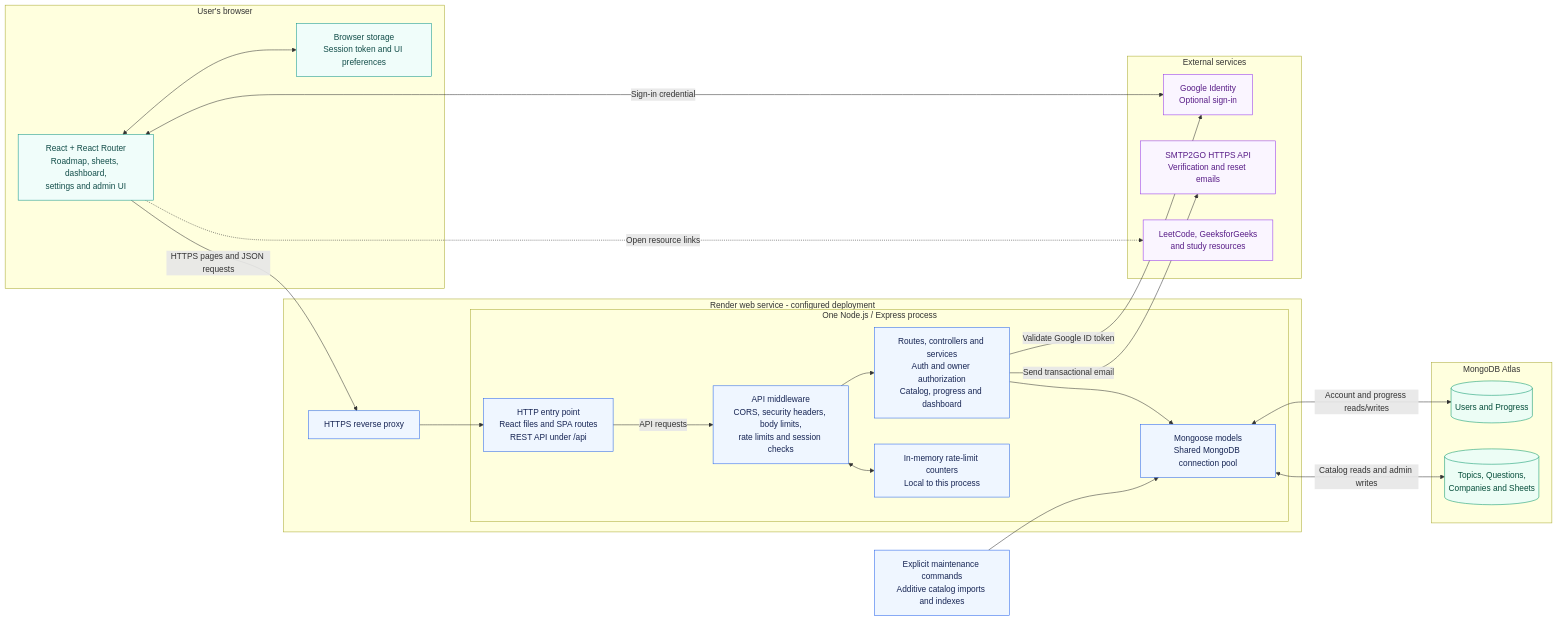
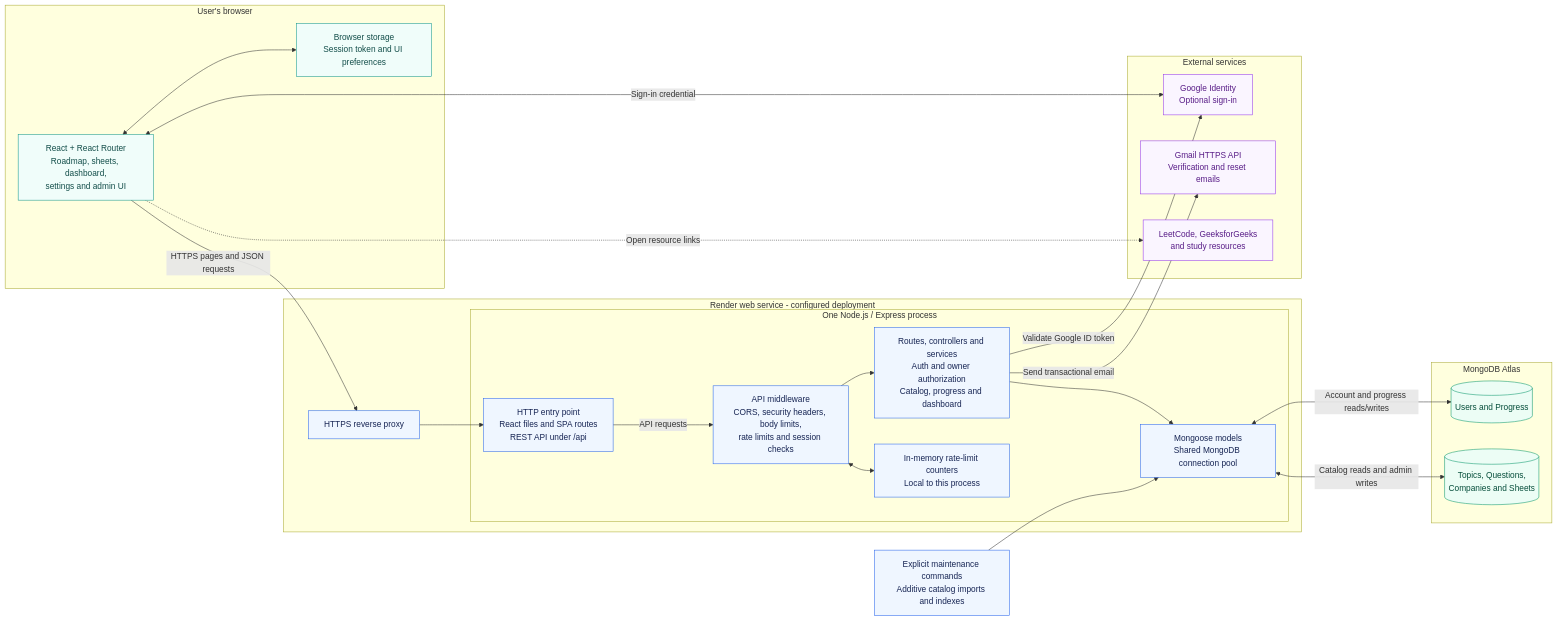
The diagram in docs/HLD.md (sainkygujjar12/DSA-ROADMAP), drawn with Mermaid before and after one commit. The commit also changed other lines of this file and 12 other files, not shown here.

Commit message:
Add Gmail API email delivery and secure sender authorization setup

````diff
--- a/docs/HLD.md
+++ b/docs/HLD.md
@@ -11,53 +11,53 @@
 ```mermaid
 flowchart LR
     subgraph Browser["User's browser"]
         UI["React + React Router<br/>Roadmap, sheets, dashboard,<br/>settings and admin UI"]
         Local["Browser storage<br/>Session token and UI preferences"]
         UI <--> Local
     end
 
     subgraph Hosting["Render web service - configured deployment"]
         Proxy["HTTPS reverse proxy"]
         subgraph App["One Node.js / Express process"]
             HTTP["HTTP entry point<br/>React files and SPA routes<br/>REST API under /api"]
             Guards["API middleware<br/>CORS, security headers, body limits,<br/>rate limits and session checks"]
             Services["Routes, controllers and services<br/>Auth and owner authorization<br/>Catalog, progress and dashboard"]
             Pool["Mongoose models<br/>Shared MongoDB connection pool"]
             Limits["In-memory rate-limit counters<br/>Local to this process"]
             HTTP -->|API requests| Guards
             Guards --> Services
             Guards <--> Limits
             Services --> Pool
         end
         Proxy --> HTTP
     end
 
     subgraph Atlas["MongoDB Atlas"]
         Accounts[("Users and Progress")]
         Catalog[("Topics, Questions,<br/>Companies and Sheets")]
     end
 
     subgraph External["External services"]
         Google["Google Identity<br/>Optional sign-in"]
-        Email["SMTP2GO HTTPS API<br/>Verification and reset emails"]
+        Email["Gmail HTTPS API<br/>Verification and reset emails"]
         Practice["LeetCode, GeeksforGeeks<br/>and study resources"]
     end
 
     UI -->|HTTPS pages and JSON requests| Proxy
     Pool <-->|Account and progress reads/writes| Accounts
     Pool <-->|Catalog reads and admin writes| Catalog
     UI <-->|Sign-in credential| Google
     Services -->|Validate Google ID token| Google
     Services -->|Send transactional email| Email
     UI -.->|Open resource links| Practice
     Import["Explicit maintenance commands<br/>Additive catalog imports and indexes"] --> Pool
 
     classDef client fill:#f0fdfa,stroke:#0d9488,color:#134e4a;
     classDef app fill:#eff6ff,stroke:#2563eb,color:#172554;
     classDef data fill:#ecfdf5,stroke:#059669,color:#064e3b;
     classDef external fill:#faf5ff,stroke:#9333ea,color:#581c87;
     class UI,Local client;
     class Proxy,HTTP,Guards,Services,Pool,Limits,Import app;
     class Accounts,Catalog data;
     class Google,Email,Practice external;
 ```
````
